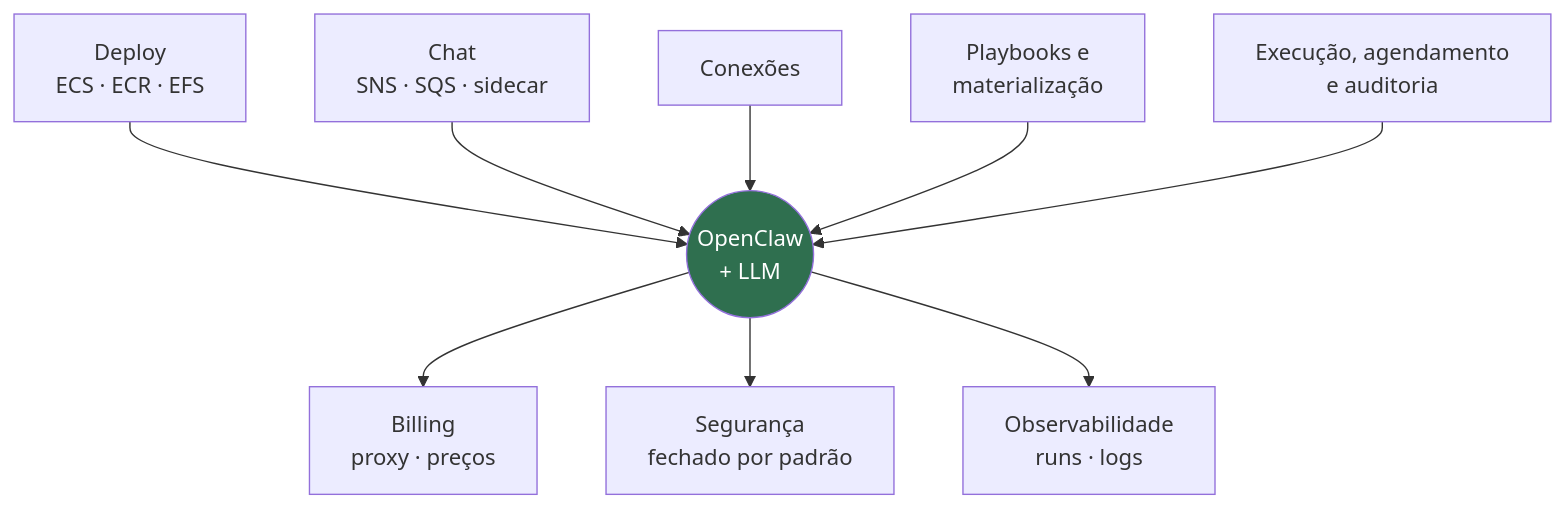
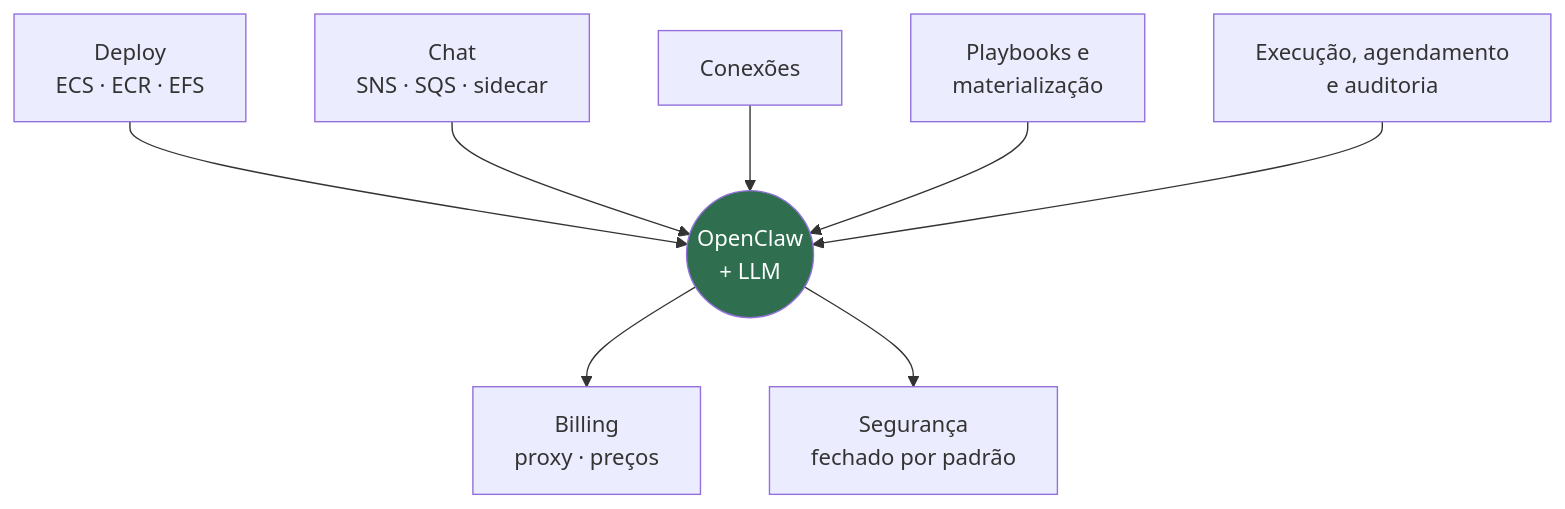
The first of 4 diagrams in palestras/02-o-que-sobra-sem-llm/core/04-o-mapa-do-harness.md (newtonbeck/hacktown-2026), drawn with Mermaid before and after one commit. The commit also changed 1 other file, not shown here.

Commit message:
Abre a execução com um capítulo e enxuga o mapa
Entra o slide de título "Execução, agendamento e logs" antes de "Três
gatilhos, um mecanismo". No mapa do harness sai a caixa "Observabilidade ·
runs · logs" — o assunto passa a viver no capítulo da execução.

Fica pendente alinhar o rótulo: a caixa do mapa ainda diz "Execução,
agendamento e auditoria".

````diff
--- a/palestras/02-o-que-sobra-sem-llm/core/04-o-mapa-do-harness.md
+++ b/palestras/02-o-que-sobra-sem-llm/core/04-o-mapa-do-harness.md
@@ -19,13 +19,12 @@
 ```mermaid
 flowchart TD
   D[Deploy<br/>ECS · ECR · EFS] --> L
   C[Chat<br/>SNS · SQS · sidecar] --> L
   I[Conexões] --> L
   S[Playbooks e<br/>materialização] --> L
   E[Execução, agendamento<br/>e auditoria] --> L
   L((OpenClaw<br/>+ LLM))
   L --> B[Billing<br/>proxy · preços]
   L --> G[Segurança<br/>fechado por padrão]
-  L --> O[Observabilidade<br/>runs · logs]
   style L fill:#2f6f4f,color:#fff
 ```
````
